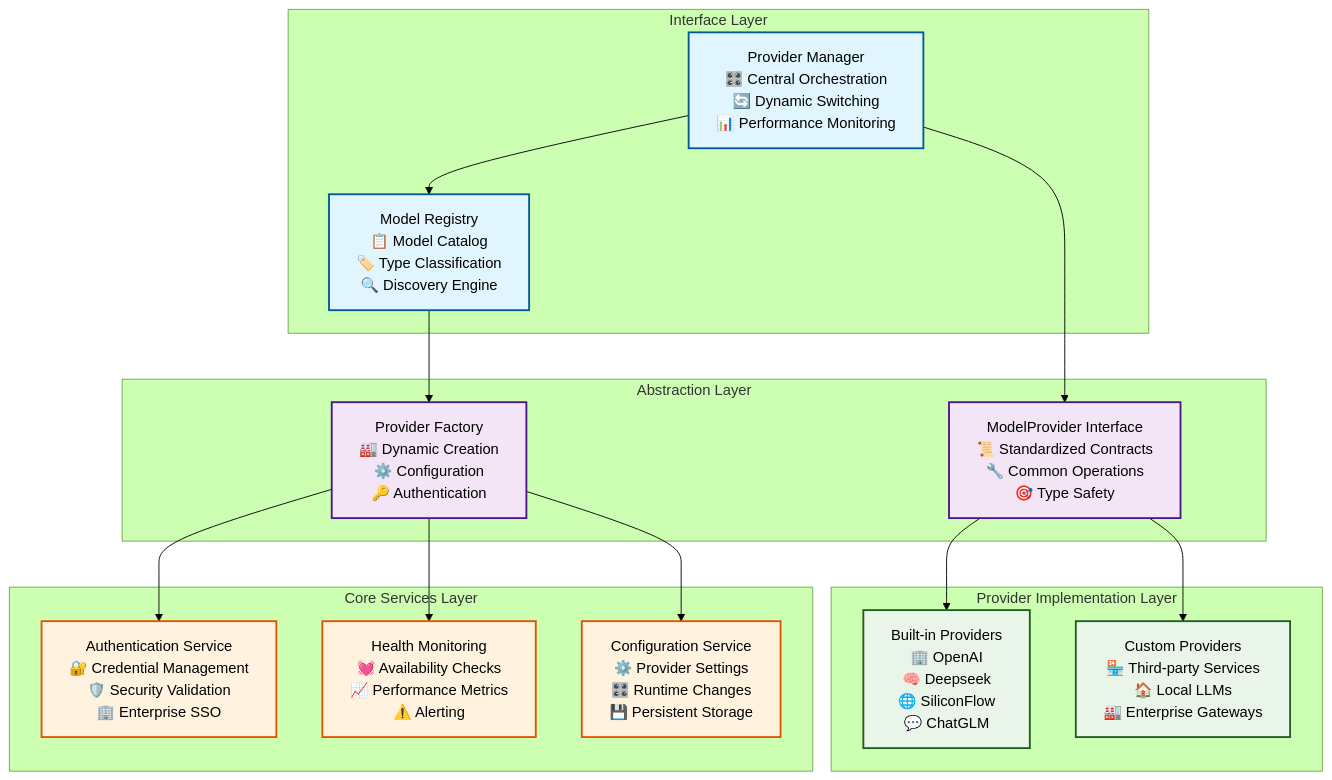
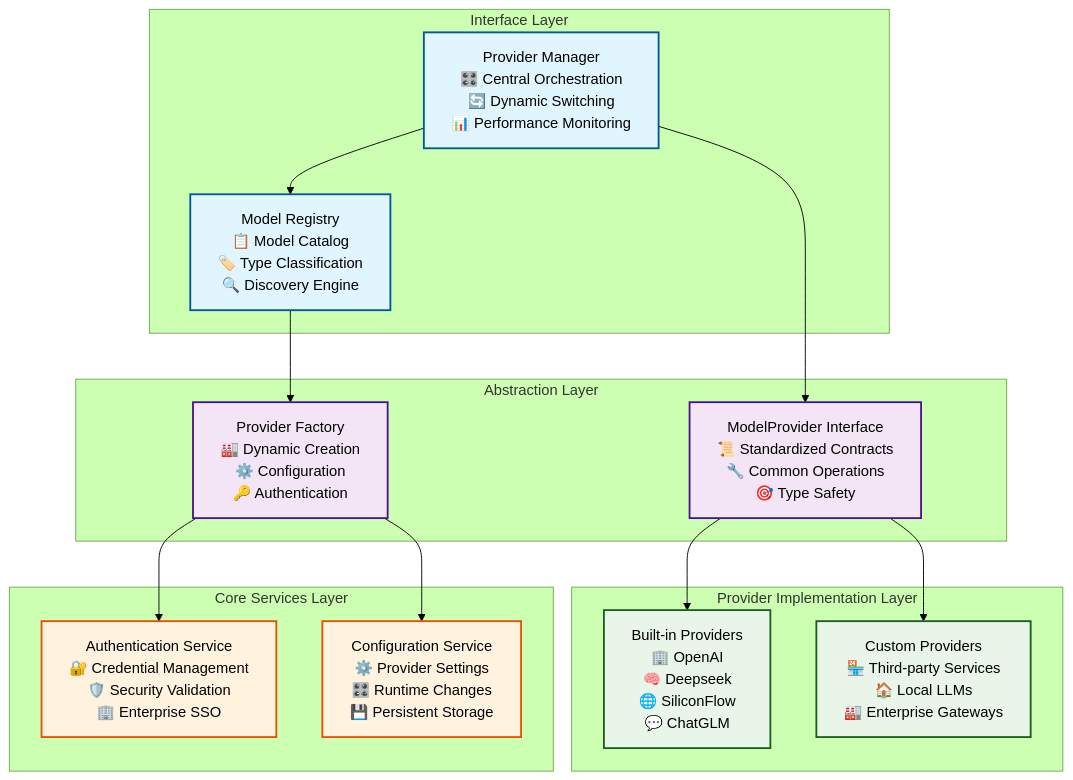
The first of 2 diagrams in docs/technical/system-architecture/provider-integration.md (phona/learning-catalyst), drawn with Mermaid (forest theme) before and after one commit. The commit also changed other lines of this file and 197 other files, not shown here.

````diff
--- a/docs/technical/system-architecture/provider-integration.md
+++ b/docs/technical/system-architecture/provider-integration.md
@@ -34,42 +34,40 @@
 ```mermaid
 graph TB
     subgraph "Interface Layer"
         Manager[Provider Manager<br/>🎛️ Central Orchestration<br/>🔄 Dynamic Switching<br/>📊 Performance Monitoring]
         Registry[Model Registry<br/>📋 Model Catalog<br/>🏷️ Type Classification<br/>🔍 Discovery Engine]
     end
 
     subgraph "Abstraction Layer"
         Interface[ModelProvider Interface<br/>📜 Standardized Contracts<br/>🔧 Common Operations<br/>🎯 Type Safety]
         Factory[Provider Factory<br/>🏭 Dynamic Creation<br/>⚙️ Configuration<br/>🔑 Authentication]
     end
 
     subgraph "Provider Implementation Layer"
         BuiltIn[Built-in Providers<br/>🏢 OpenAI<br/>🧠 Deepseek<br/>🌐 SiliconFlow<br/>💬 ChatGLM]
         Custom[Custom Providers<br/>🏪 Third-party Services<br/>🏠 Local LLMs<br/>🏭 Enterprise Gateways]
     end
 
     subgraph "Core Services Layer"
         Auth[Authentication Service<br/>🔐 Credential Management<br/>🛡️ Security Validation<br/>🏢 Enterprise SSO]
-        Health[Health Monitoring<br/>💓 Availability Checks<br/>📈 Performance Metrics<br/>⚠️ Alerting]
         Config[Configuration Service<br/>⚙️ Provider Settings<br/>🎛️ Runtime Changes<br/>💾 Persistent Storage]
     end
 
     Manager --> Registry
     Manager --> Interface
     Registry --> Factory
     Interface --> BuiltIn
     Interface --> Custom
     Factory --> Auth
-    Factory --> Health
     Factory --> Config
 
     classDef interfaceLayer fill:#e1f5fe,stroke:#01579b,stroke-width:2px
     classDef abstractionLayer fill:#f3e5f5,stroke:#4a148c,stroke-width:2px
     classDef providerLayer fill:#e8f5e8,stroke:#1b5e20,stroke-width:2px
     classDef serviceLayer fill:#fff3e0,stroke:#e65100,stroke-width:2px
 
     class Manager,Registry interfaceLayer
     class Interface,Factory abstractionLayer
     class BuiltIn,Custom providerLayer
-    class Auth,Health,Config serviceLayer
+    class Auth,Config serviceLayer
 ```
````
